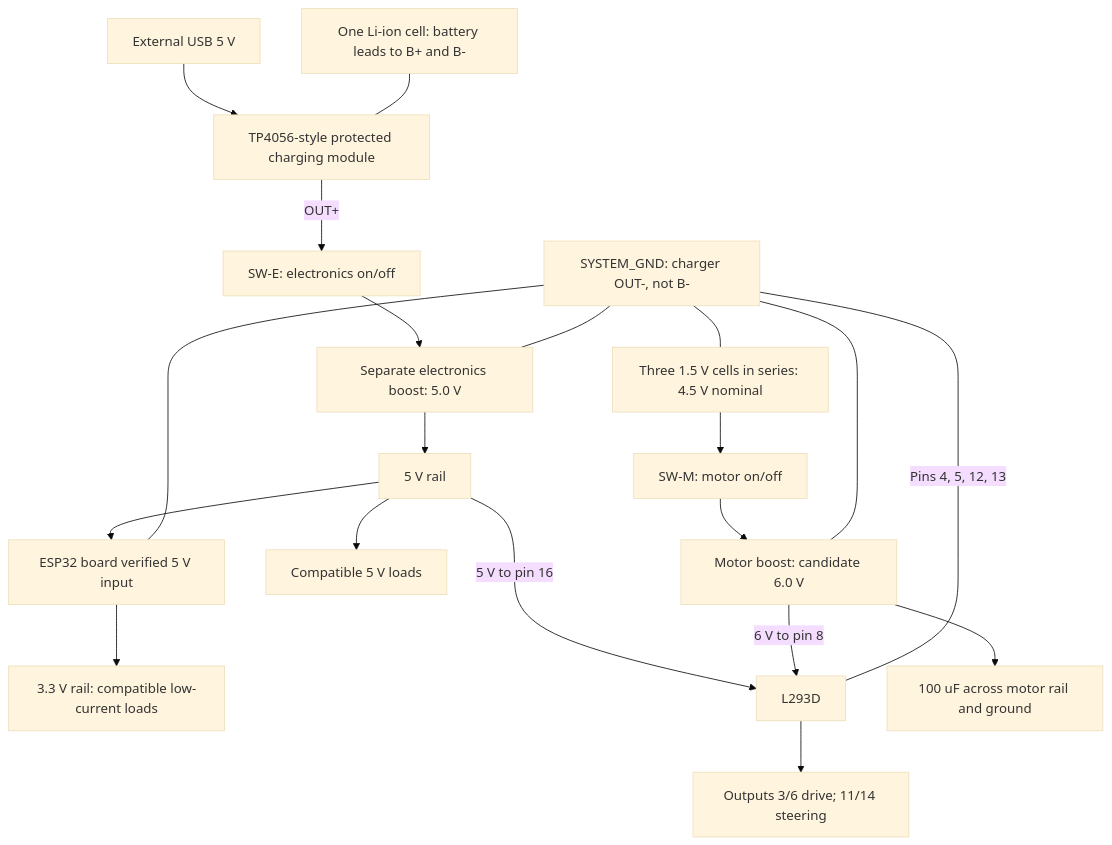
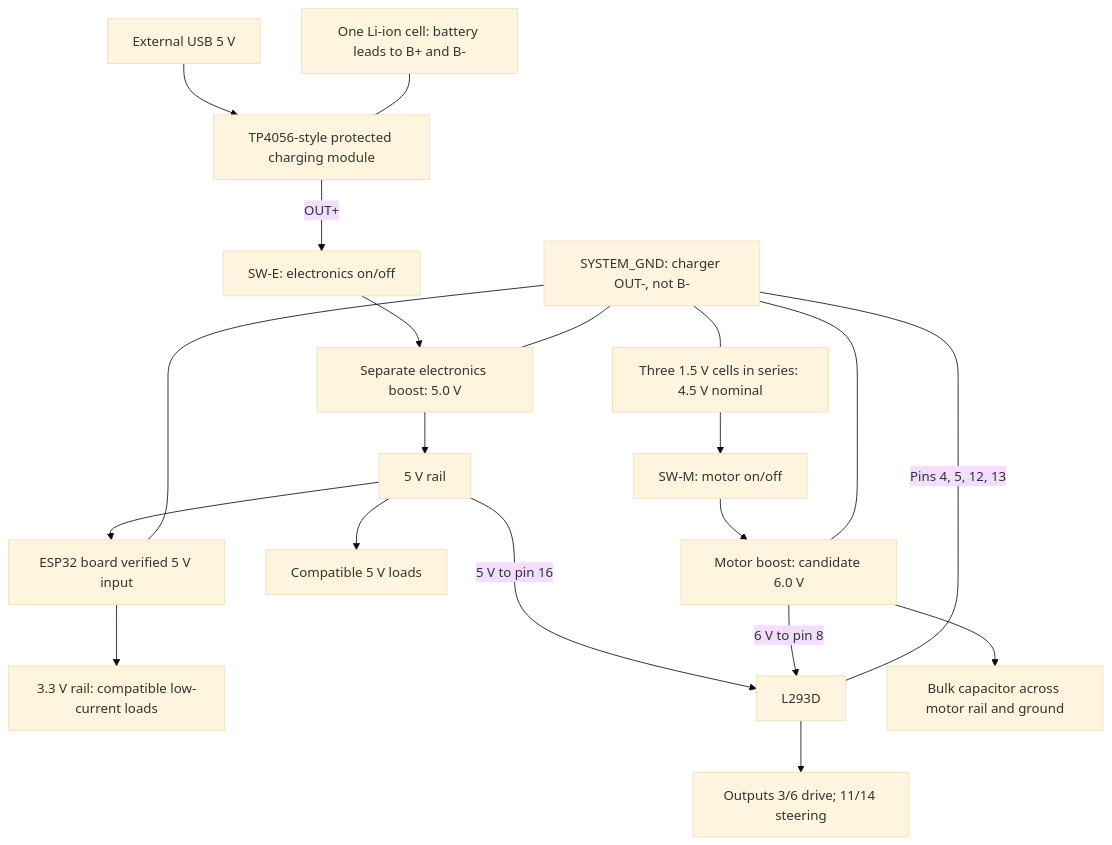
The second of 2 diagrams in diagrams/README.md (JS2028EE/Dual-Motor-V2), drawn with Mermaid (base theme) before and after one commit. The commit also changed other lines of this file and 13 other files, not shown here.

````diff
--- a/diagrams/README.md
+++ b/diagrams/README.md
@@ -28,24 +28,24 @@
 ```mermaid
 flowchart TD
     USB["External USB 5 V"] --> Charger["TP4056-style protected charging module"]
     Cell["One Li-ion cell: battery leads to B+ and B-"] --- Charger
     Charger -->|"OUT+"| SWE["SW-E: electronics on/off"]
     SWE --> BoostE["Separate electronics boost: 5.0 V"]
     BoostE --> Rail5["5 V rail"]
     Rail5 --> ESP["ESP32 board verified 5 V input"]
     ESP --> Rail3["3.3 V rail: compatible low-current loads"]
     Rail5 -->|"5 V to pin 16"| DriverPower
     Rail5 --> Loads["Compatible 5 V loads"]
 
     AA["Three 1.5 V cells in series: 4.5 V nominal"] --> SWM["SW-M: motor on/off"]
     SWM --> BoostM["Motor boost: candidate 6.0 V"]
     BoostM -->|"6 V to pin 8"| DriverPower["L293D"]
-    BoostM --> Cap["100 uF across motor rail and ground"]
+    BoostM --> Cap["Bulk capacitor across motor rail and ground"]
     DriverPower --> Motors["Outputs 3/6 drive; 11/14 steering"]
 
     GND["SYSTEM_GND: charger OUT-, not B-"] --- AA
     GND --- ESP
     GND ---|"Pins 4, 5, 12, 13"| DriverPower
     GND --- BoostE
     GND --- BoostM
 ```
````
